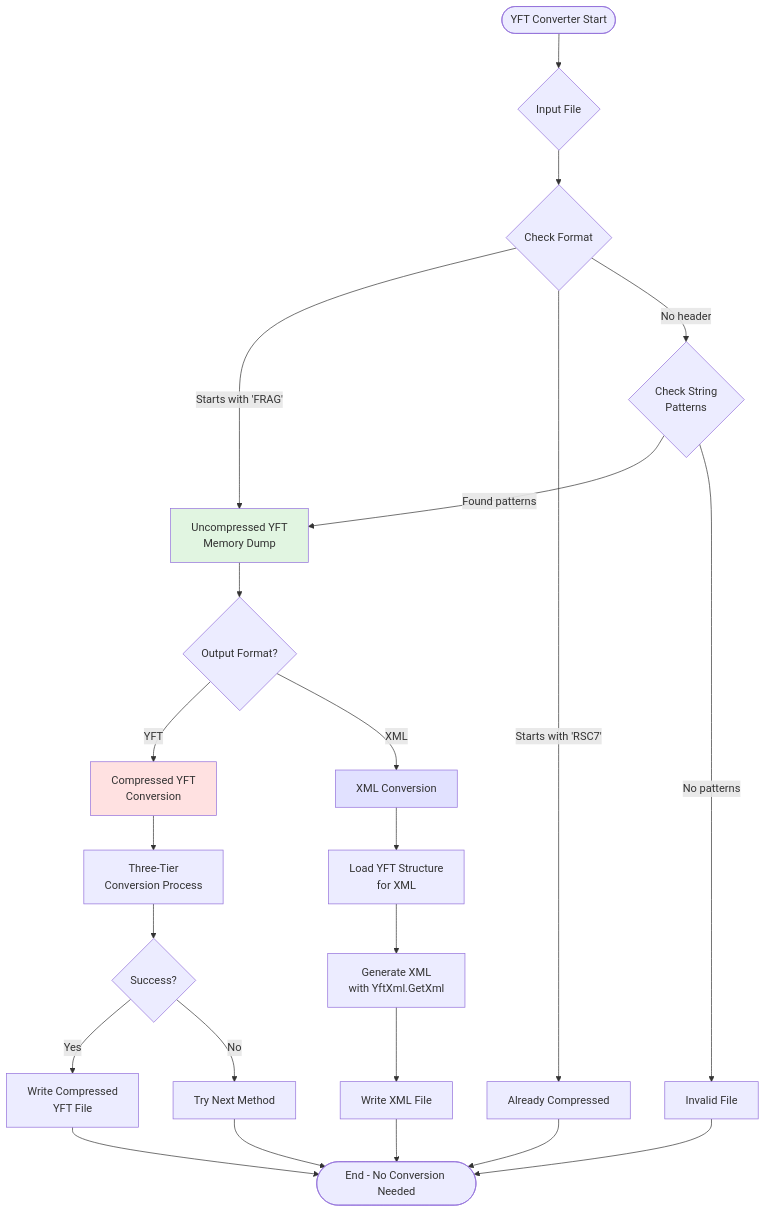
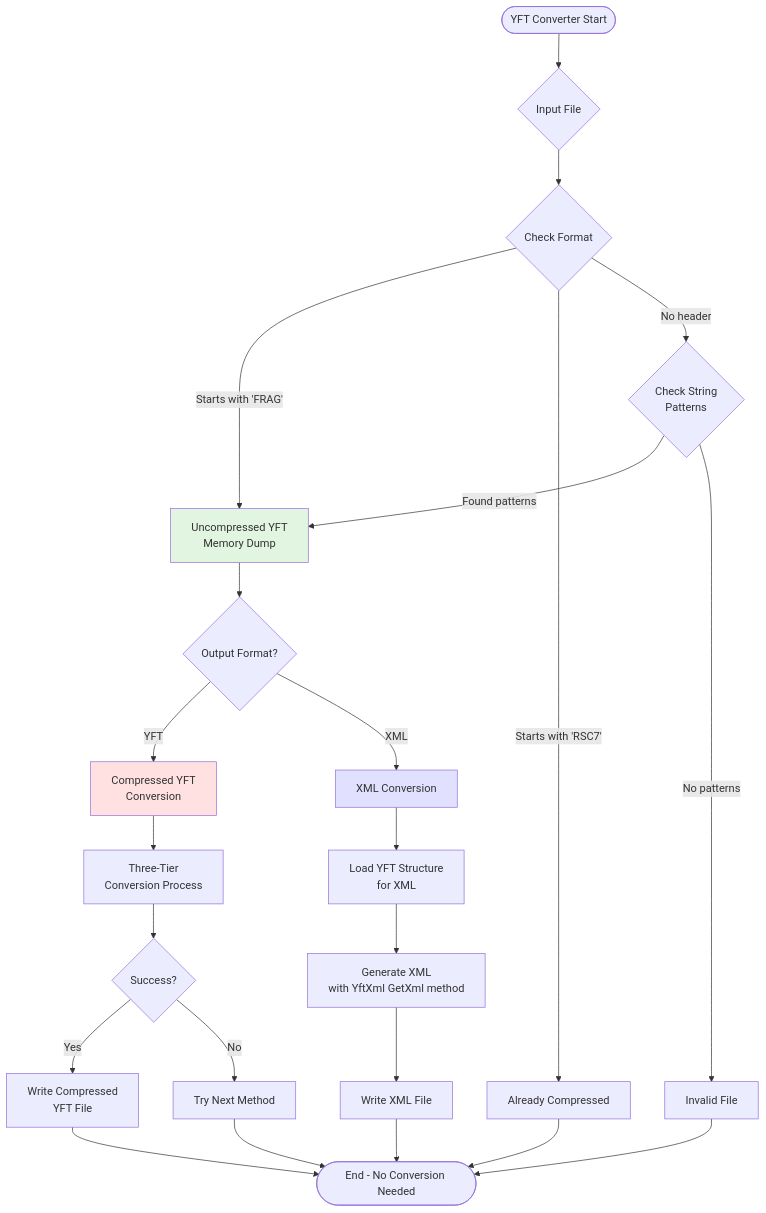
The first of 7 diagrams in CodeWalker.YftConverter/YFT_Converter_Flow.md (Dk0071942/CodeWalker), drawn with Mermaid before and after one commit.

Commit message:
fix: escape special characters in Mermaid node text
- Wrap node text in quotes and remove period from YftXml.GetXml
- Periods can cause parsing issues in Mermaid node labels
- Changed to 'YftXml GetXml method' for clarity

````diff
--- a/CodeWalker.YftConverter/YFT_Converter_Flow.md
+++ b/CodeWalker.YftConverter/YFT_Converter_Flow.md
@@ -10,38 +10,38 @@
 ```mermaid
 flowchart TD
     Start([YFT Converter Start]) --> Input{Input File}
     Input --> CheckFormat{Check Format}
     
     CheckFormat -->|Starts with 'FRAG'| Uncompressed[Uncompressed YFT<br/>Memory Dump]
     CheckFormat -->|Starts with 'RSC7'| AlreadyCompressed[Already Compressed]
     CheckFormat -->|No header| CheckPatterns{Check String<br/>Patterns}
     
     CheckPatterns -->|Found patterns| Uncompressed
     CheckPatterns -->|No patterns| InvalidFile[Invalid File]
     
     AlreadyCompressed --> End([End - No Conversion Needed])
     InvalidFile --> End
     
     Uncompressed --> OutputFormat{Output Format?}
     
     OutputFormat -->|YFT| CompressedConversion[Compressed YFT<br/>Conversion]
     OutputFormat -->|XML| XMLConversion[XML Conversion]
     
     CompressedConversion --> ThreeTier[Three-Tier<br/>Conversion Process]
     XMLConversion --> LoadForXML[Load YFT Structure<br/>for XML]
     
     ThreeTier --> Success{Success?}
     Success -->|Yes| WriteCompressed[Write Compressed<br/>YFT File]
     Success -->|No| NextMethod[Try Next Method]
     
-    LoadForXML --> GenerateXML[Generate XML<br/>with YftXml.GetXml]
+    LoadForXML --> GenerateXML["Generate XML<br/>with YftXml GetXml method"]
     GenerateXML --> WriteXML[Write XML File]
     
     WriteCompressed --> End
     WriteXML --> End
     NextMethod --> End
     
     style Uncompressed fill:#e1f5e1
     style CompressedConversion fill:#ffe1e1
     style XMLConversion fill:#e1e1ff
 ```
````
